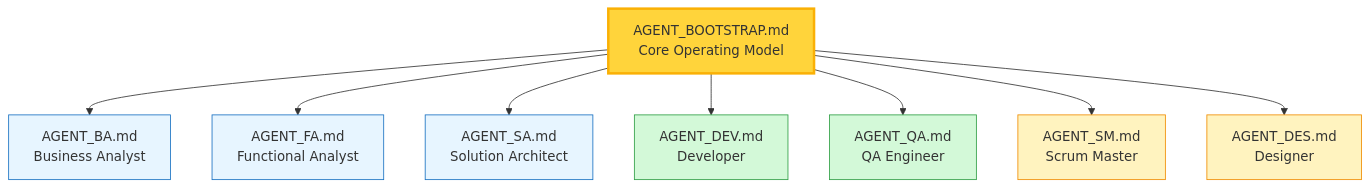
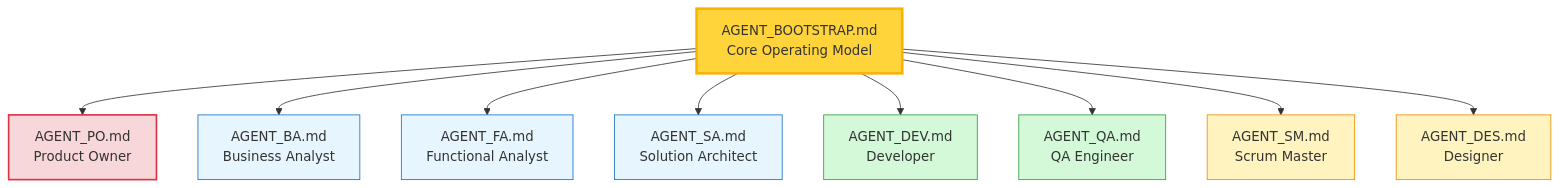
Before and after one commit to Pieter2406/TeamSpec: the diagram in agents/README.md, drawn with Mermaid. The commit also changed other lines of this file and 1 other file, not shown here.

````diff
--- a/agents/README.md
+++ b/agents/README.md
@@ -24,21 +28,23 @@
 ```mermaid
 flowchart TD
     BOOT[AGENT_BOOTSTRAP.md<br/>Core Operating Model]
     
+    BOOT --> PO[AGENT_PO.md<br/>Product Owner]
     BOOT --> BA[AGENT_BA.md<br/>Business Analyst]
     BOOT --> FA[AGENT_FA.md<br/>Functional Analyst]
     BOOT --> SA[AGENT_SA.md<br/>Solution Architect]
     BOOT --> DEV[AGENT_DEV.md<br/>Developer]
     BOOT --> QA[AGENT_QA.md<br/>QA Engineer]
     BOOT --> SM[AGENT_SM.md<br/>Scrum Master]
     BOOT --> DES[AGENT_DES.md<br/>Designer]
     
     style BOOT fill:#ffd43b,stroke:#fab005,stroke-width:3px
+    style PO fill:#f8d7da,stroke:#dc3545,stroke-width:2px
     style BA fill:#e7f5ff,stroke:#1971c2
     style FA fill:#e7f5ff,stroke:#1971c2
     style SA fill:#e7f5ff,stroke:#1971c2
     style DEV fill:#d3f9d8,stroke:#2f9e44
     style QA fill:#d3f9d8,stroke:#2f9e44
     style SM fill:#fff3bf,stroke:#f08c00
     style DES fill:#fff3bf,stroke:#f08c00
 ```
````
